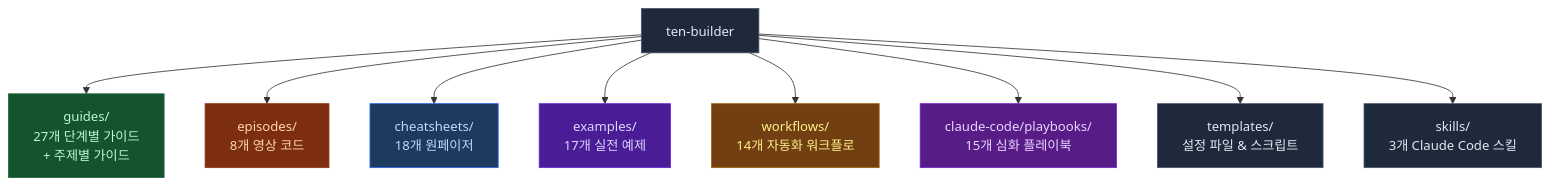
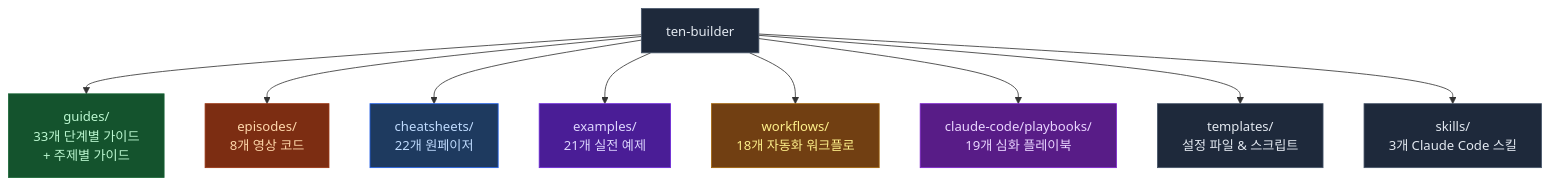
One commit to ten-builder/ten-builder changed the first of 2 diagrams in README.md. Above: the diagram before and after it, drawn with Mermaid. The commit also changed other lines of this file, not shown here.

````diff
--- a/README.md
+++ b/README.md
@@ -23,21 +23,21 @@
 ```mermaid
 flowchart TD
-    R["ten-builder"] --> G["guides/\n27개 단계별 가이드\n+ 주제별 가이드"]
+    R["ten-builder"] --> G["guides/\n33개 단계별 가이드\n+ 주제별 가이드"]
     R --> E["episodes/\n8개 영상 코드"]
-    R --> C["cheatsheets/\n18개 원페이저"]
-    R --> EX["examples/\n17개 실전 예제"]
-    R --> W["workflows/\n14개 자동화 워크플로"]
-    R --> P["claude-code/playbooks/\n15개 심화 플레이북"]
+    R --> C["cheatsheets/\n22개 원페이저"]
+    R --> EX["examples/\n21개 실전 예제"]
+    R --> W["workflows/\n18개 자동화 워크플로"]
+    R --> P["claude-code/playbooks/\n19개 심화 플레이북"]
     R --> T["templates/\n설정 파일 & 스크립트"]
     R --> S["skills/\n3개 Claude Code 스킬"]
 
     style R fill:#1e293b,stroke:#475569,color:#e2e8f0
     style G fill:#14532d,stroke:#166534,color:#bbf7d0
     style E fill:#7c2d12,stroke:#9a3412,color:#fed7aa
     style C fill:#1e3a5f,stroke:#2563eb,color:#bfdbfe
     style EX fill:#4a1d96,stroke:#6d28d9,color:#ddd6fe
     style W fill:#713f12,stroke:#a16207,color:#fef08a
     style P fill:#581c87,stroke:#7e22ce,color:#e9d5ff
     style T fill:#1e293b,stroke:#475569,color:#e2e8f0
     style S fill:#1e293b,stroke:#475569,color:#e2e8f0
 ```
````
